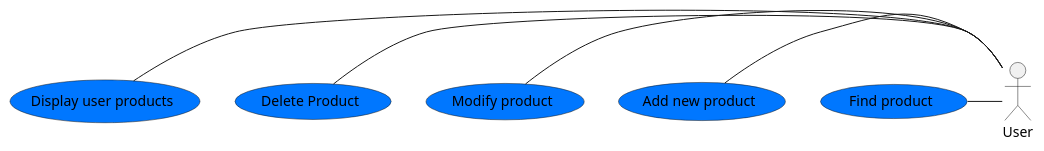
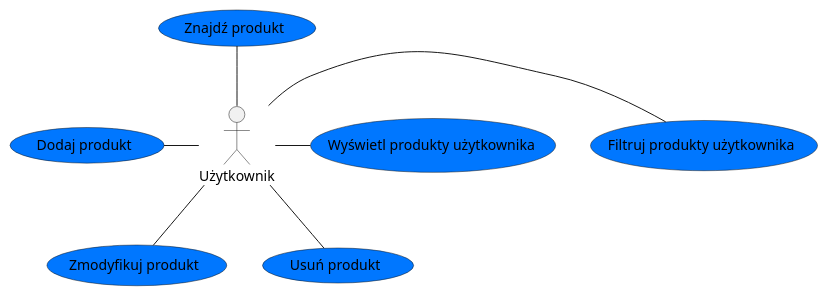
The diagram in diagrams/food/use-cases copy 4.plantuml (DCTRN/foodTrainerBE), drawn with PlantUML before and after one commit. The commit also changed 17 other files, not shown here.

```diff
--- a/diagrams/food/use-cases copy 4.plantuml
+++ b/diagrams/food/use-cases copy 4.plantuml
@@ -1,77 +1,27 @@
 @startuml
 ' #ffbb00 - auth
 ' #00b32a - userFriends
 ' #0077ff - products
 ' #c700d9 - userProducts
 ' Actors declarations
-actor User as U
+actor Użytkownik as U
 
 ' UseCases declarations
 
-' ' Auth use cases declarations
-' "Register to application" as (Registration) #ffbb00
-' "Login to application" as (Login) #ffbb00
-' "Logout from application" as (Logout) #ffbb00
-
-' ' UserFriends use cases declarations
-' "Find users" as (FindUsers) #00b32a
-' "Send friend request" as (SendFriendRequest) #00b32a
-' "Accept friend request" as (AcceptFriendRequest) #00b32a
-' "Cancel friend request" as (CancelFriendRequest) #00b32a
-' "Refuse friend request" as (RefuseFriendRequest) #00b32a
-' "Delete friend" as (DeleteFriend) #00b32a
-' "Display friends list" as (DisplayFriendsList) #00b32a
-
 ' Product use cases declarations
-"Find product" as (FinProduct) #0077ff
-"Add new product" as (AddNewProduct) #0077ff
-"Modify product" as (ModifyProduct) #0077ff
-"Delete Product" as (DeleteProduct) #0077ff
-"Display user products" as (DisplayUserProducts) #0077ff
-
-' ' UserProduct use cases declarations
-' "Add product to diary " as (AddProductToDiary) #c700d9
-' "Modify entry" as (ModifyEntry) #c700d9
-' "Delete entry" as (DeleteEntry) #c700d9
-' "Display products entries by date" as (DisplayProductEntriesByDate) #c700d9
-' "Show entries chart by date" as (ShowEntriesChartByDate) #c700d9
-
-' ' Auth use cases
-' U -- Registration
-' U -- Login
-' U -- Logout
-
-' ' UserFriends use cases
-' U -- FindUsers
-
-' U -- SendFriendRequest
-
-' CancelFriendRequest .down.> SendFriendRequest : extend
-' U -- CancelFriendRequest
-
-' RefuseFriendRequest .down.> SendFriendRequest : extend
-' U -- RefuseFriendRequest
-
-
-' AcceptFriendRequest .down.> SendFriendRequest : extend
-' U -- AcceptFriendRequest
-
-' U -- DisplayFriendsList
-
-' U -- DeleteFriend
+"Znajdź produkt" as (FinProduct) #0077ff
+"Dodaj produkt" as (AddNewProduct) #0077ff
+"Zmodyfikuj produkt" as (ModifyProduct) #0077ff
+"Usuń produkt" as (DeleteProduct) #0077ff
+"Wyświetl produkty użytkownika" as (DisplayUserProducts) #0077ff
+"Filtruj produkty użytkownika" as (FilterUserProducts) #0077ff
 
 ' Product use casess
-U -left- FinProduct
+U -up- FinProduct
 U -left- AddNewProduct
-U -left- ModifyProduct
-U -left- DeleteProduct
-U -left- DisplayUserProducts
-
-' ' UserProduct use cases
-' U -right- AddProductToDiary
-' U -right- ModifyEntry
-' U -right- DeleteEntry
-' U -right- DisplayProductEntriesByDate
-' U -right- ShowEntriesChartByDate
+U -down- ModifyProduct
+U -down- DeleteProduct
+U -right- FilterUserProducts
+U -right- DisplayUserProducts
 
 @enduml
```
